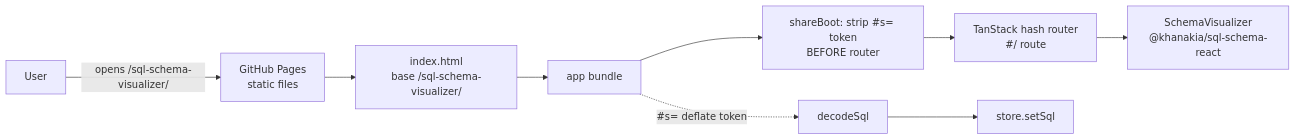
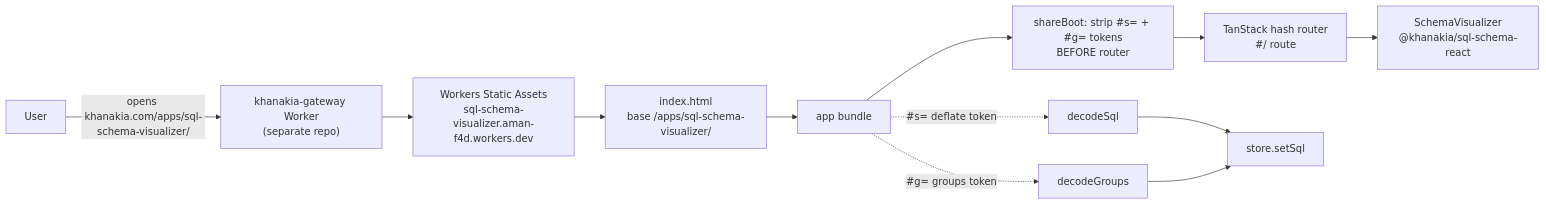
The diagram in apps/web/README.md (khanakia/sql-schema-visualizer), drawn with Mermaid before and after one commit. The commit also changed other lines of this file and 5 other files, not shown here.

````diff
--- a/apps/web/README.md
+++ b/apps/web/README.md
@@ -24,10 +27,12 @@
 ```mermaid
 flowchart LR
-  U["User"] -->|"opens /sql-schema-visualizer/"| GP["GitHub Pages<br/>static files"]
-  GP --> H["index.html<br/>base /sql-schema-visualizer/"]
+  U["User"] -->|"opens khanakia.com/apps/sql-schema-visualizer/"| GW["khanakia-gateway Worker<br/>(separate repo)"]
+  GW --> CF["Workers Static Assets<br/>sql-schema-visualizer.aman-f4d.workers.dev"]
+  CF --> H["index.html<br/>base /apps/sql-schema-visualizer/"]
   H --> JS["app bundle"]
-  JS --> SB["shareBoot: strip #s= token<br/>BEFORE router"]
+  JS --> SB["shareBoot: strip #s= + #g= tokens<br/>BEFORE router"]
   SB --> R["TanStack hash router<br/>#/ route"]
   R --> RV["SchemaVisualizer<br/>@khanakia/sql-schema-react"]
   JS -. "#s= deflate token" .-> DEC["decodeSql"] --> STORE["store.setSql"]
+  JS -. "#g= groups token" .-> DG["decodeGroups"] --> STORE
 ```
````
